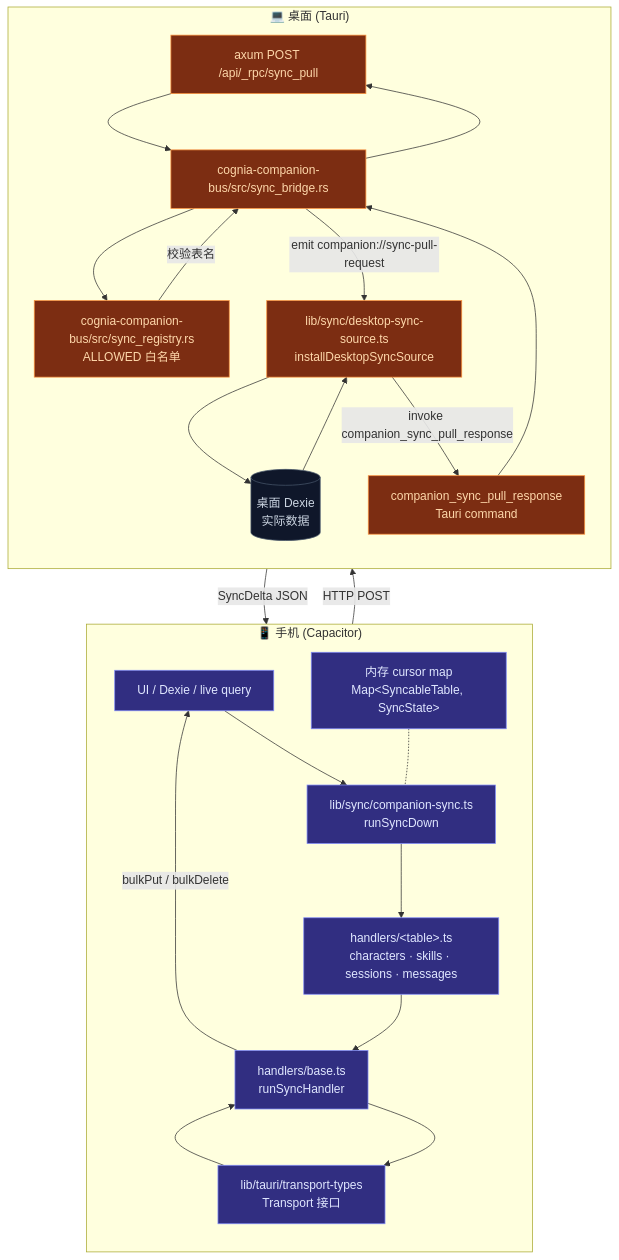
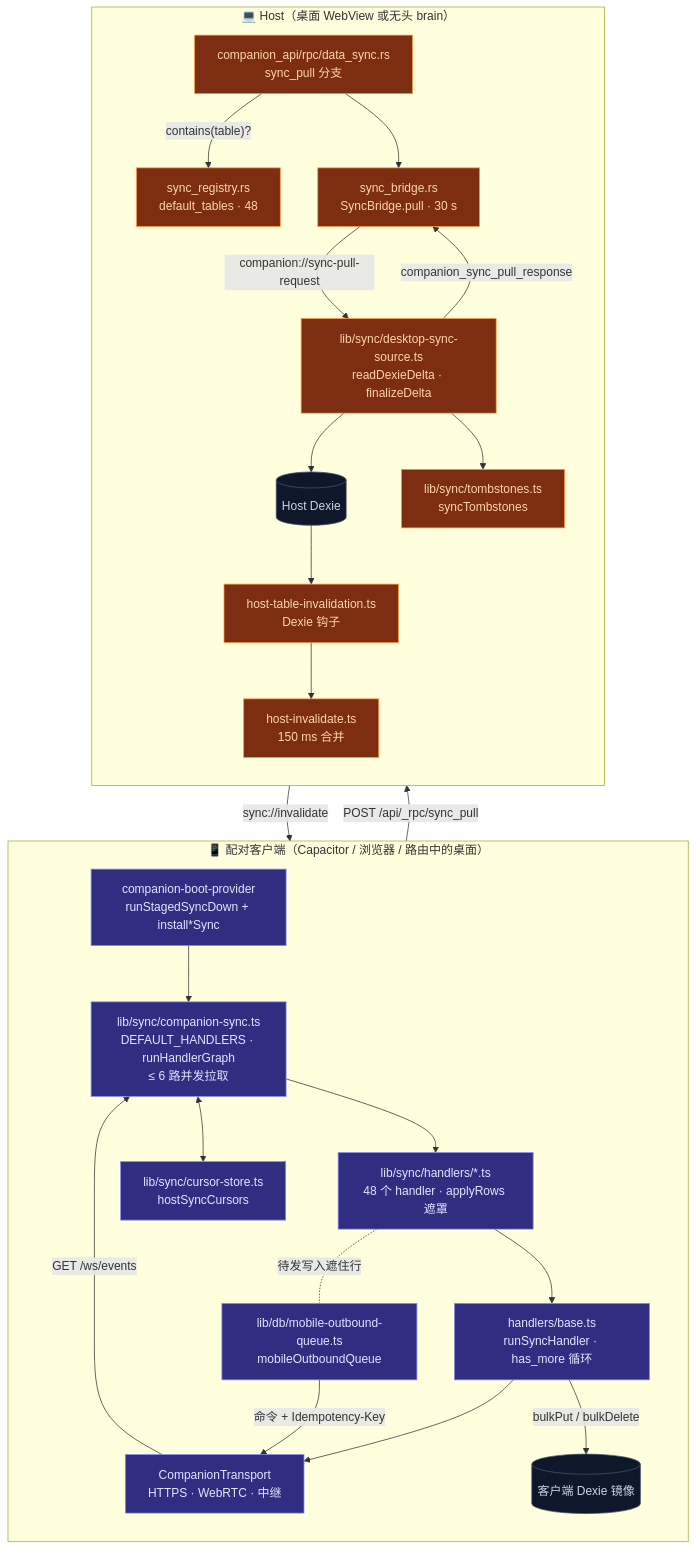
The first of 2 diagrams in docs/content/docs/zh/data/sync-system.mdx (MaxQian888/cognia-next), drawn with Mermaid before and after one commit. The commit also changed other lines of this file and 4 other files, not shown here.

````diff
--- a/docs/content/docs/zh/data/sync-system.mdx
+++ b/docs/content/docs/zh/data/sync-system.mdx
@@ -21,48 +48,49 @@
 ```mermaid
 flowchart TB
-  subgraph Phone["📱 手机 (Capacitor)"]
+  subgraph Client["📱 配对客户端（Capacitor / 浏览器 / 路由中的桌面）"]
     direction TB
-    PhoneUI[UI / Dexie / live query]
-    PhoneSync[lib/sync/companion-sync.ts<br/>runSyncDown]
-    Handlers[handlers/&lt;table&gt;.ts<br/>characters · skills · sessions · messages]
-    Base[handlers/base.ts<br/>runSyncHandler]
-    Transport[lib/tauri/transport-types<br/>Transport 接口]
-    Cursors[内存 cursor map<br/>Map&lt;SyncableTable, SyncState&gt;]
+    Boot[companion-boot-provider<br/>runStagedSyncDown + install*Sync]
+    Orch[lib/sync/companion-sync.ts<br/>DEFAULT_HANDLERS · runHandlerGraph<br/>≤ 6 路并发拉取]
+    Handlers[lib/sync/handlers/*.ts<br/>48 个 handler · applyRows 遮罩]
+    Base[handlers/base.ts<br/>runSyncHandler · has_more 循环]
+    CursorStore[lib/sync/cursor-store.ts<br/>hostSyncCursors]
+    Outbound[lib/db/mobile-outbound-queue.ts<br/>mobileOutboundQueue]
+    Transport[CompanionTransport<br/>HTTPS · WebRTC · 中继]
+    Mirror[(客户端 Dexie 镜像)]
   end
 
-  subgraph Desktop["💻 桌面 (Tauri)"]
+  subgraph Host["💻 Host（桌面 WebView 或无头 brain）"]
     direction TB
-    DeskHTTP[axum POST /api/_rpc/sync_pull]
-    Bridge[cognia-companion-bus/src/sync_bridge.rs]
-    Registry[cognia-companion-bus/src/sync_registry.rs<br/>ALLOWED 白名单]
-    Source[lib/sync/desktop-sync-source.ts<br/>installDesktopSyncSource]
-    Dexie[(桌面 Dexie<br/>实际数据)]
-    RespCmd[companion_sync_pull_response<br/>Tauri command]
+    RPC[companion_api/rpc/data_sync.rs<br/>sync_pull 分支]
+    Registry[sync_registry.rs<br/>default_tables · 48]
+    Bridge[sync_bridge.rs<br/>SyncBridge.pull · 30 s]
+    Source[lib/sync/desktop-sync-source.ts<br/>readDexieDelta · finalizeDelta]
+    Tomb[lib/sync/tombstones.ts<br/>syncTombstones]
+    Hooks[host-table-invalidation.ts<br/>Dexie 钩子]
+    Inval[host-invalidate.ts<br/>150 ms 合并]
+    HostDexie[(Host Dexie)]
   end
 
-  PhoneUI --> PhoneSync
-  PhoneSync --> Handlers
-  Handlers --> Base
-  Base --> Transport
-  Transport -- "HTTP POST" --> DeskHTTP
-  DeskHTTP --> Bridge
-  Bridge --> Registry
-  Registry -- "校验表名" --> Bridge
-  Bridge -- "emit companion://sync-pull-request" --> Source
-  Source --> Dexie
-  Dexie --> Source
-  Source -- "invoke companion_sync_pull_response" --> RespCmd
-  RespCmd --> Bridge
-  Bridge --> DeskHTTP
-  DeskHTTP -- "SyncDelta JSON" --> Transport
-  Transport --> Base
-  Base -- "bulkPut / bulkDelete" --> PhoneUI
-  Cursors -.- PhoneSync
+  Boot --> Orch --> Handlers --> Base --> Transport
+  Orch <--> CursorStore
+  Base -- "bulkPut / bulkDelete" --> Mirror
+  Handlers -. "待发写入遮住行" .- Outbound
+  Outbound -- "命令 + Idempotency-Key" --> Transport
+  Transport -- "POST /api/_rpc/sync_pull" --> RPC
+  RPC -- "contains(table)?" --> Registry
+  RPC --> Bridge
+  Bridge -- "companion://sync-pull-request" --> Source
+  Source --> HostDexie
+  Source --> Tomb
+  Source -- "companion_sync_pull_response" --> Bridge
+  HostDexie --> Hooks --> Inval
+  Inval -- "sync://invalidate" --> Transport
+  Transport -- "GET /ws/events" --> Orch
 
   classDef phone fill:#312e81,stroke:#818cf8,color:#e0e7ff
   classDef desk fill:#7c2d12,stroke:#fb923c,color:#fed7aa
   classDef storage fill:#0f172a,stroke:#475569,color:#cbd5e1
-  class PhoneUI,PhoneSync,Handlers,Base,Transport,Cursors phone
-  class DeskHTTP,Bridge,Registry,Source,RespCmd desk
-  class Dexie storage
+  class Boot,Orch,Handlers,Base,CursorStore,Outbound,Transport phone
+  class RPC,Registry,Bridge,Source,Tomb,Hooks,Inval desk
+  class Mirror,HostDexie storage
 ```
````
